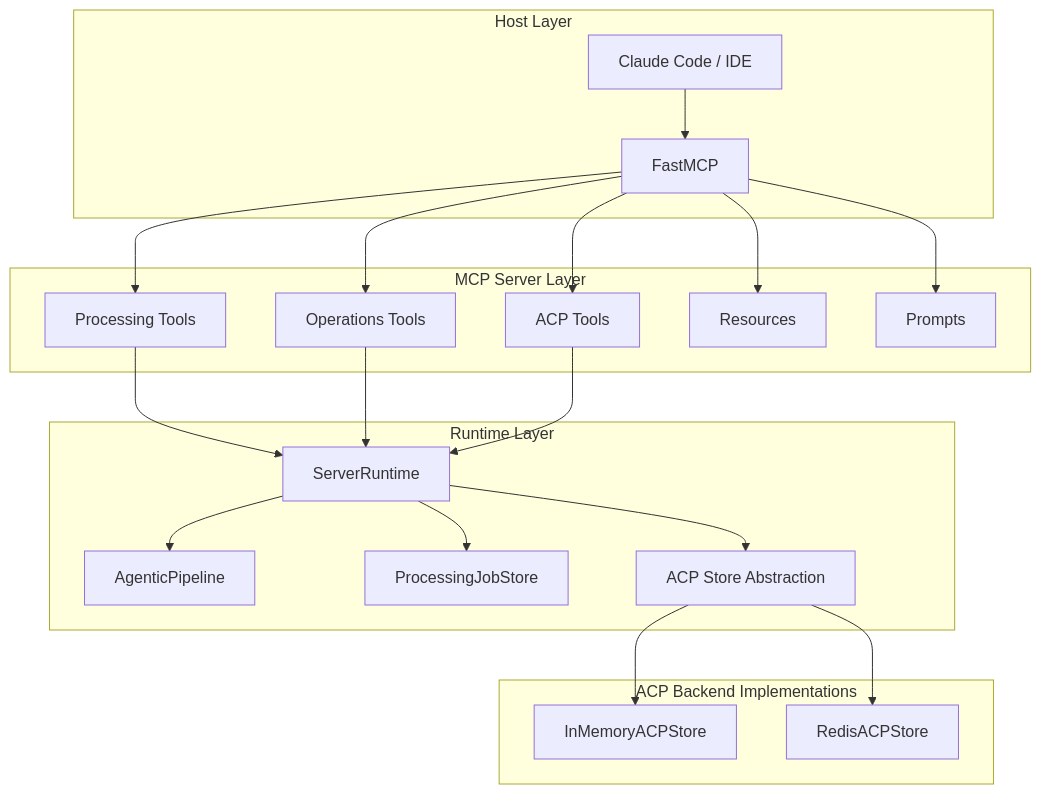
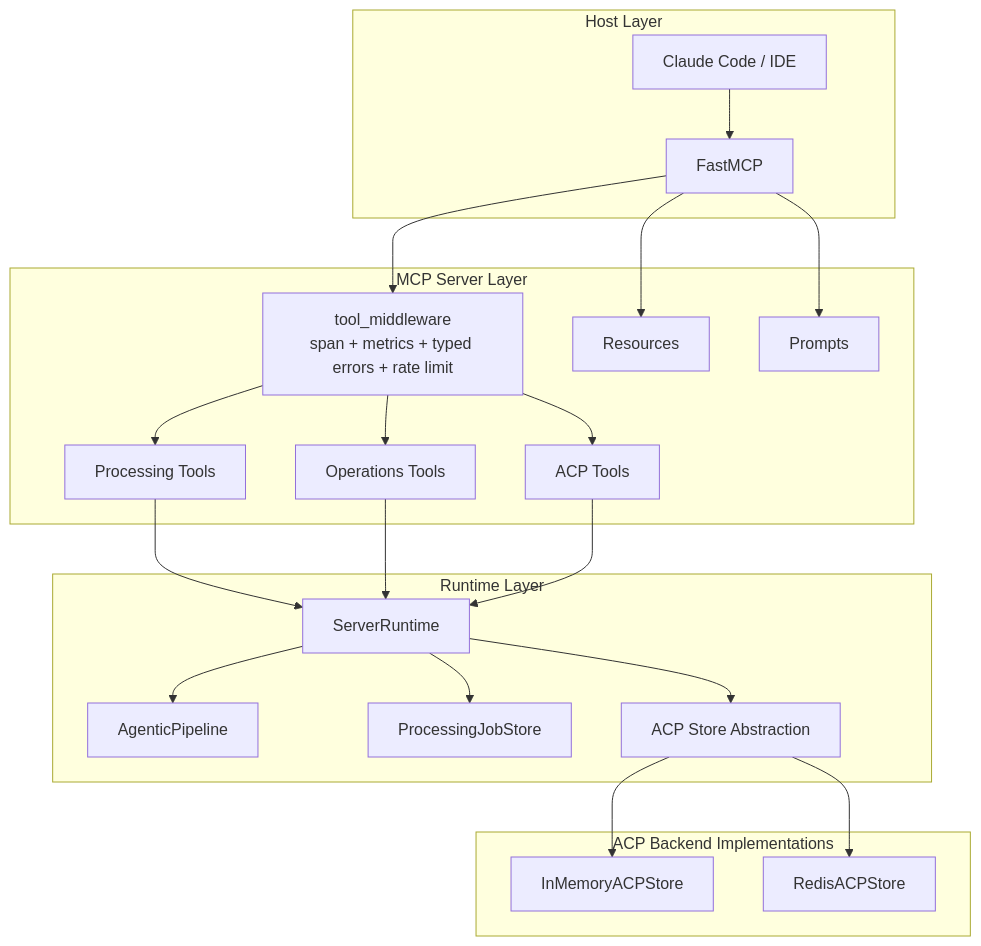
The third of 14 diagrams in MCP-ACP.md (hoangsonww/AI-Gov-Content-Curator), drawn with Mermaid before and after one commit. The commit also changed other lines of this file and 7 other files, not shown here.

````diff
--- a/MCP-ACP.md
+++ b/MCP-ACP.md
@@ -49,34 +50,35 @@
 ```mermaid
 flowchart TB
     subgraph HostLayer[Host Layer]
       IDE[Claude Code / IDE]
       IDE --> MCP
     end
 
     subgraph MCPLayer[MCP Server Layer]
       MCP[FastMCP]
-      MCP --> ToolProc[Processing Tools]
-      MCP --> ToolOps[Operations Tools]
-      MCP --> ToolACP[ACP Tools]
+      MCP --> MW[tool_middleware<br/>span + metrics + typed errors + rate limit]
+      MW --> ToolProc[Processing Tools]
+      MW --> ToolOps[Operations Tools]
+      MW --> ToolACP[ACP Tools]
       MCP --> Res[Resources]
       MCP --> Prompts[Prompts]
     end
 
     subgraph RuntimeLayer[Runtime Layer]
       RT[ServerRuntime]
       RT --> Pipe[AgenticPipeline]
       RT --> Jobs[ProcessingJobStore]
       RT --> ACPStore[ACP Store Abstraction]
     end
 
     subgraph ACPBackends[ACP Backend Implementations]
       Memory[InMemoryACPStore]
       Redis[RedisACPStore]
     end
 
     ACPStore --> Memory
     ACPStore --> Redis
     ToolProc --> RT
     ToolOps --> RT
     ToolACP --> RT
 ```
````
